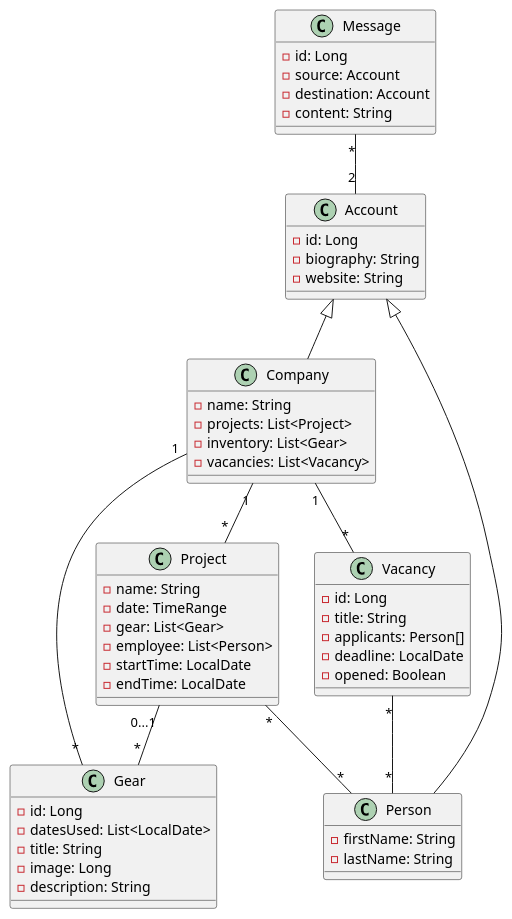
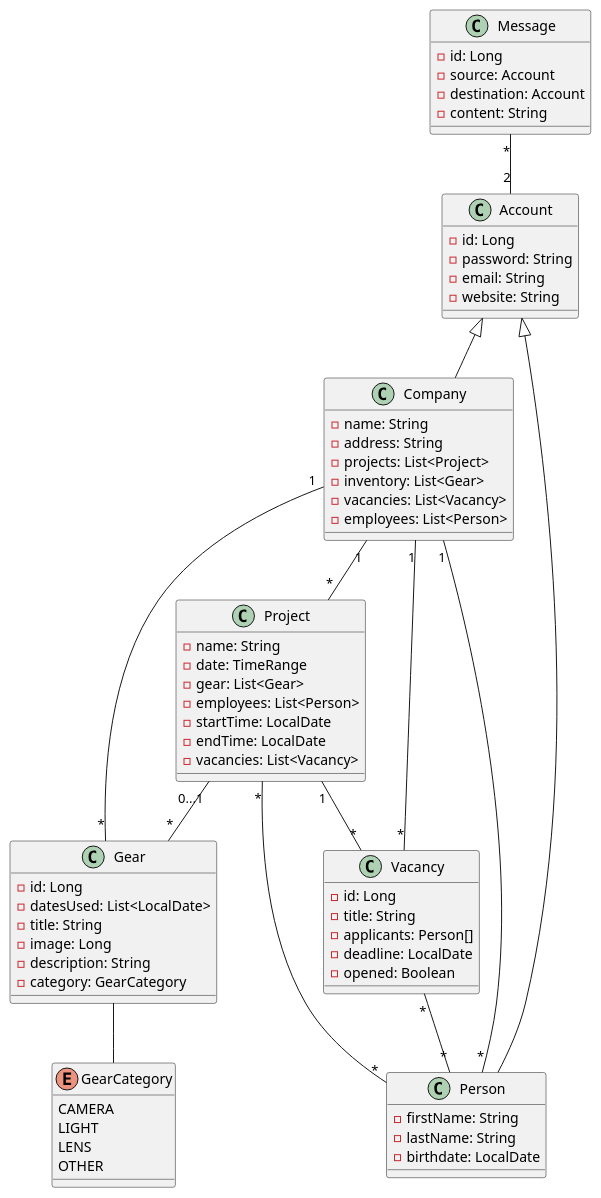
The diagram in cld/cld.puml (DirectorsView/documentation), drawn with PlantUML before and after one commit.

Commit message:
#13 add GearCategory

```diff
--- a/cld/cld.puml
+++ b/cld/cld.puml
@@ -1,63 +1,78 @@
 @startuml
 
 class Account {
 - id: Long
-- biography: String
+- password: String
+- email: String
 - website: String
 }
 
 class Company {
 - name: String
+- address: String
 - projects: List<Project>
 - inventory: List<Gear>
 - vacancies: List<Vacancy>
+- employees: List<Person>
 }
 
 class Project {
 - name: String
 - date: TimeRange
 - gear: List<Gear>
-- employee: List<Person>
+- employees: List<Person>
 - startTime: LocalDate
 - endTime: LocalDate
+- vacancies: List<Vacancy>
 }
 
 class Gear {
 - id: Long
 - datesUsed: List<LocalDate>
 - title: String
 - image: Long
 - description: String
+- category: GearCategory
+}
+
+enum GearCategory {
+CAMERA
+LIGHT
+LENS
+OTHER
 }
 
 class Person {
 - firstName: String
 - lastName: String
+- birthdate: LocalDate
 }
 
 class Vacancy {
 - id: Long
 - title: String
 - applicants: Person[]
 - deadline: LocalDate
 - opened: Boolean
 }
 
 class Message {
 - id: Long
 - source: Account
 - destination: Account
 - content: String
 }
 
 Account <|-- Company
 Account <|-- Person
 Company "1" -- "*" Project
 Company "1" -- "*" Vacancy
 Vacancy "*" -- "*"Person
 Message "*" -- "2" Account
 Project "0...1" -- "*" Gear
 Gear "*" -- "1" Company
 Project "*" -- "*" Person
-
+Project "1" -- "*" Vacancy
+Person "*" -- "1" Company
+Gear -- GearCategory
 @enduml
```
